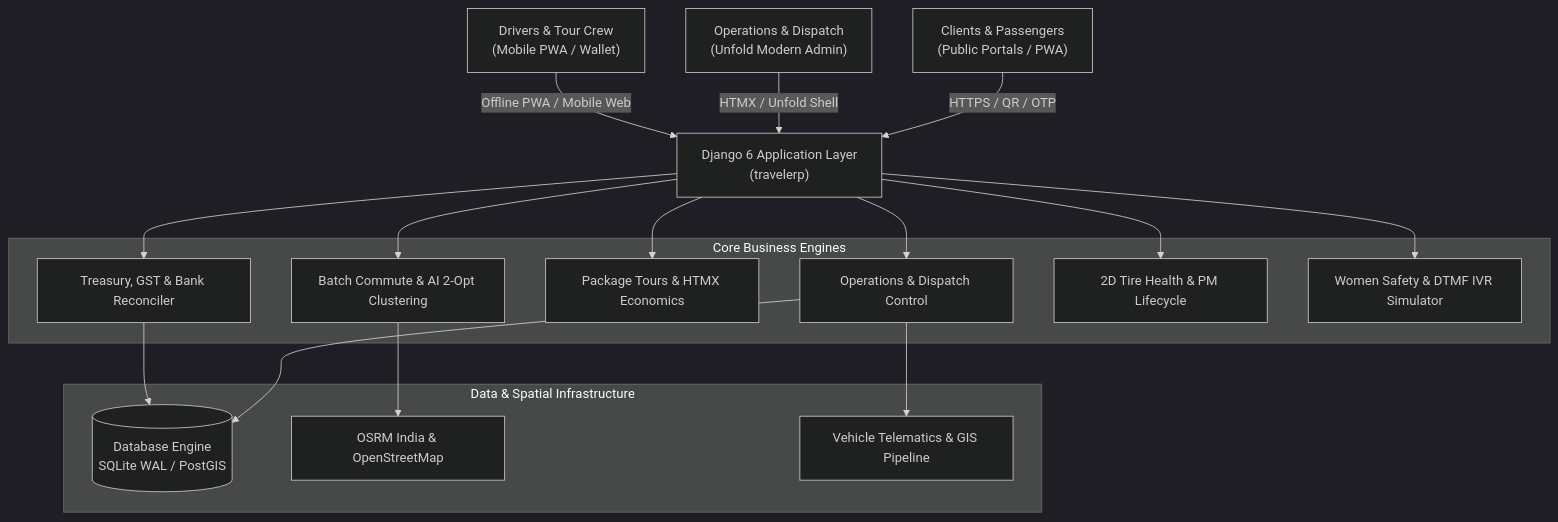
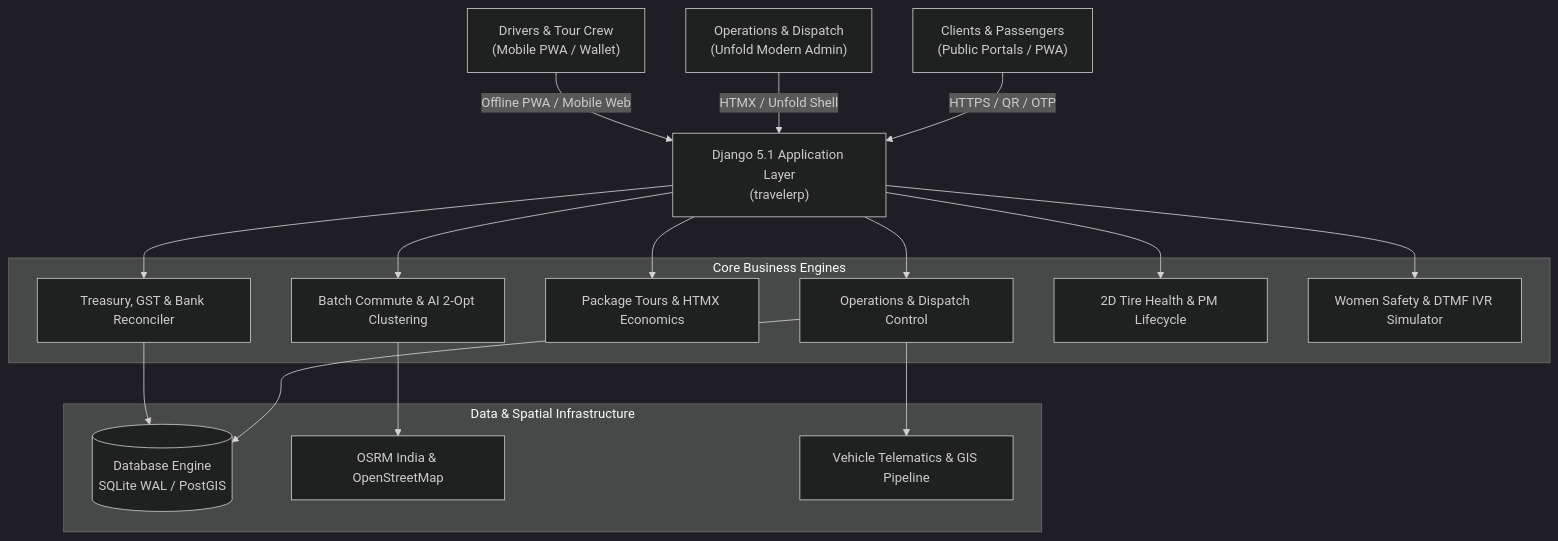
The diagram in documentation/01_SYSTEM_OVERVIEW_AND_INDEX.md (28Rithik/Tours-and-Travel-Application), drawn with Mermaid (dark theme) before and after one commit. The commit also changed other lines of this file and 19 other files, not shown here.

````diff
--- a/documentation/01_SYSTEM_OVERVIEW_AND_INDEX.md
+++ b/documentation/01_SYSTEM_OVERVIEW_AND_INDEX.md
@@ -52,39 +52,39 @@
 ```mermaid
 graph TD
     Client["Clients & Passengers\n(Public Portals / PWA)"]
     Admin["Operations & Dispatch\n(Unfold Modern Admin)"]
     Driver["Drivers & Tour Crew\n(Mobile PWA / Wallet)"]
 
-    Web["Django 6 Application Layer\n(travelerp)"]
+    Web["Django 5.1 Application Layer\n(travelerp)"]
 
     Client -->|HTTPS / QR / OTP| Web
     Admin -->|HTMX / Unfold Shell| Web
     Driver -->|Offline PWA / Mobile Web| Web
 
     subgraph "Core Business Engines"
         OpsEng["Operations & Dispatch Control"]
         CommuteEng["Batch Commute & AI 2-Opt Clustering"]
         PkgEng["Package Tours & HTMX Economics"]
         FinEng["Treasury, GST & Bank Reconciler"]
         MaintEng["2D Tire Health & PM Lifecycle"]
         SafetyEng["Women Safety & DTMF IVR Simulator"]
     end
 
     Web --> OpsEng
     Web --> CommuteEng
     Web --> PkgEng
     Web --> FinEng
     Web --> MaintEng
     Web --> SafetyEng
 
     subgraph "Data & Spatial Infrastructure"
         DB[("Database Engine\nSQLite WAL / PostGIS")]
         GIS["OSRM India & OpenStreetMap"]
         Telemetry["Vehicle Telematics & GIS Pipeline"]
     end
 
     OpsEng --> DB
     CommuteEng --> GIS
     OpsEng --> Telemetry
     FinEng --> DB
 ```
````
